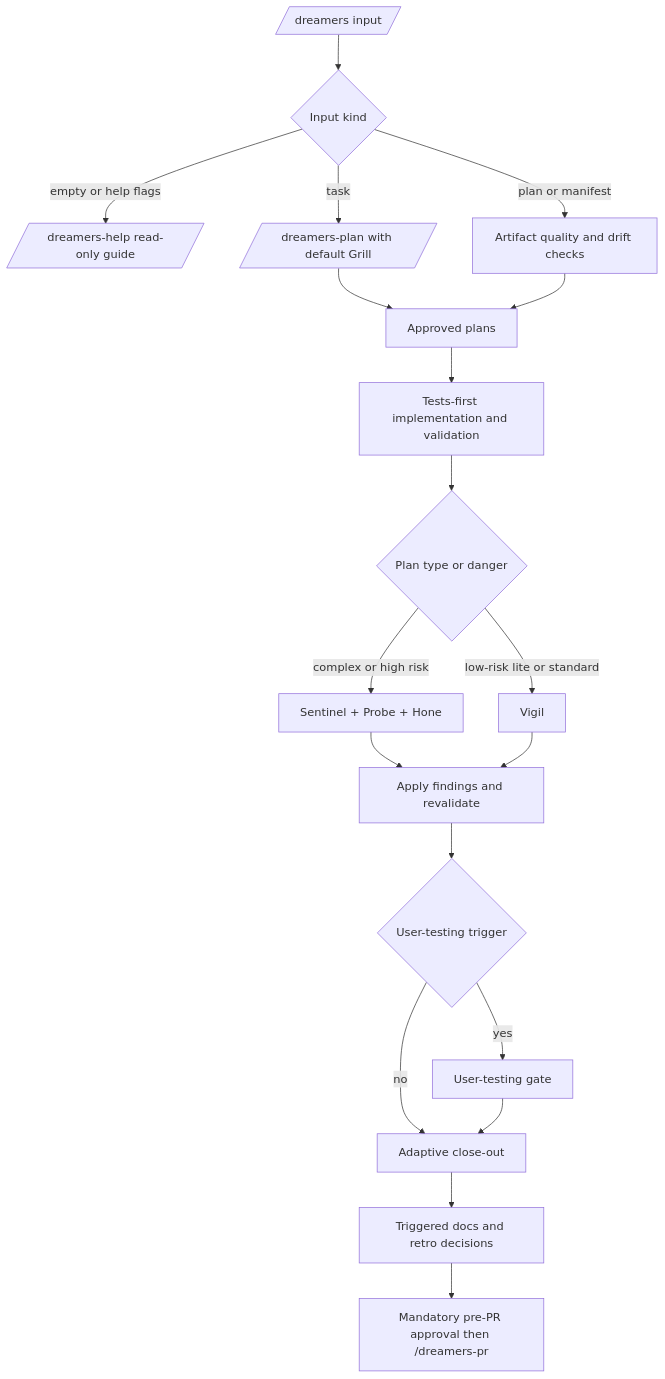
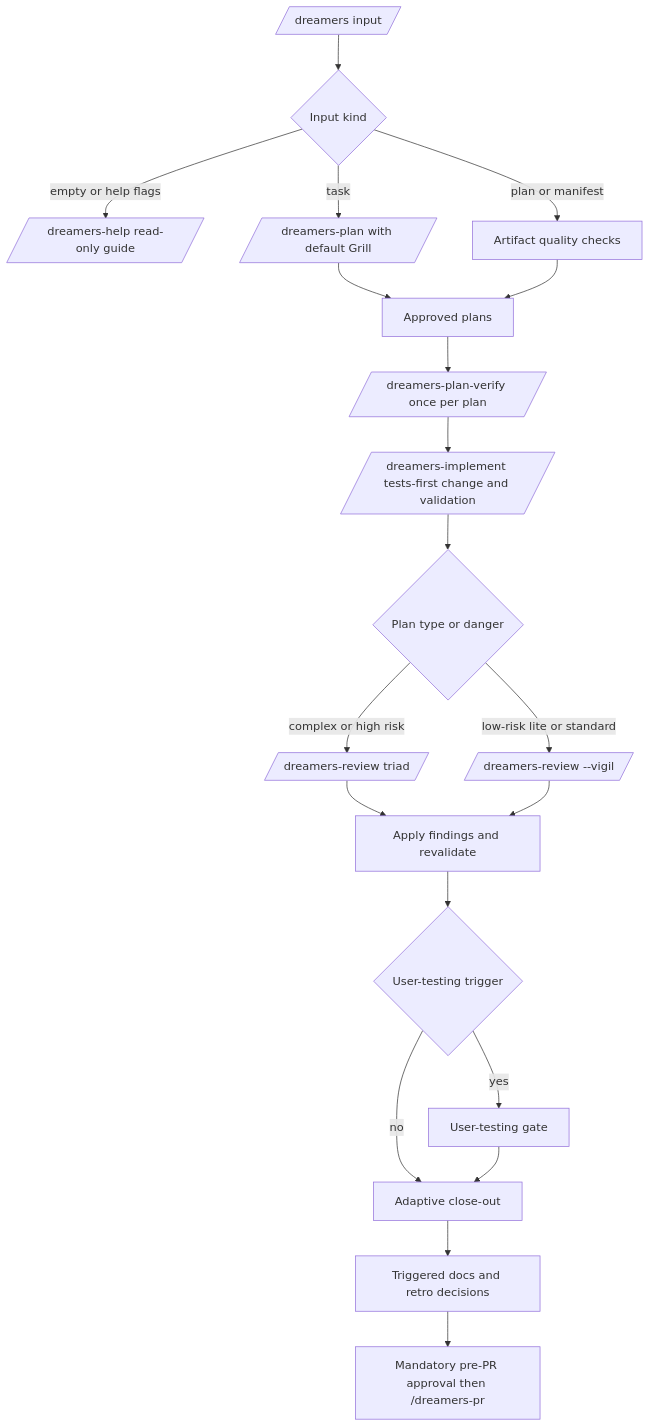
Before and after one commit to mrStorrs/dreamers-copilot: the diagram in .github/skills/dreamers/readme.md, drawn with Mermaid. The commit also changed other lines of this file and 13 other files, not shown here.

```diff
--- a/.github/skills/dreamers/readme.md
+++ b/.github/skills/dreamers/readme.md
@@ -5,21 +5,22 @@
 ~~~mermaid
 flowchart TD
     I[/dreamers input/] --> R{Input kind}
     R -->|empty or help flags| H[/dreamers-help read-only guide/]
     R -->|task| P[/dreamers-plan with default Grill/]
-    R -->|plan or manifest| Q[Artifact quality and drift checks]
+    R -->|plan or manifest| Q[Artifact quality checks]
     P --> A[Approved plans]
     Q --> A
-    A --> T[Tests-first implementation and validation]
+    A --> PV[/dreamers-plan-verify once per plan/]
+    PV --> T[/dreamers-implement tests-first change and validation/]
     T --> S{Plan type or danger}
-    S -->|complex or high risk| F[Sentinel + Probe + Hone]
-    S -->|low-risk lite or standard| V[Vigil]
+    S -->|complex or high risk| F[/dreamers-review triad/]
+    S -->|low-risk lite or standard| V[/dreamers-review --vigil/]
     F --> X[Apply findings and revalidate]
     V --> X
     X --> U{User-testing trigger}
     U -->|yes| G[User-testing gate]
     U -->|no| C[Adaptive close-out]
     G --> C
     C --> D[Triggered docs and retro decisions]
     D --> PR[Mandatory pre-PR approval then /dreamers-pr]
 ~~~
```
